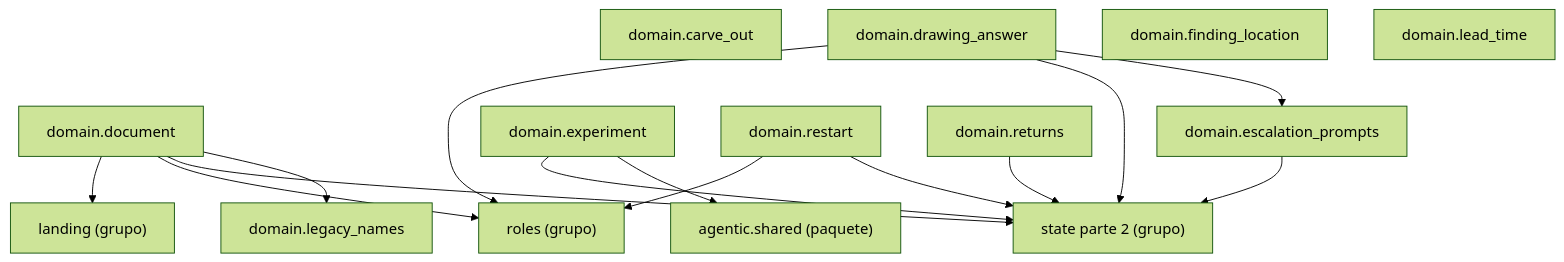
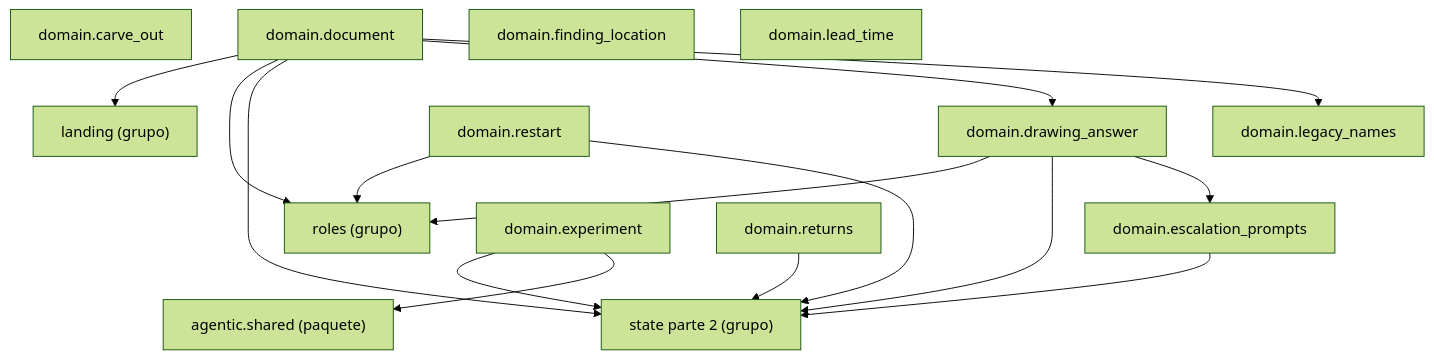
Before and after one commit to GonzaloZevallos/agentic-system: the diagram in docs/architecture/generated/packages-process-domain-state-1.md, drawn with Mermaid (forest theme). The commit also changed 1 other file, not shown here.

Commit message:
Regenerate the docs for the --drawing option and the departure section

````diff
--- a/docs/architecture/generated/packages-process-domain-state-1.md
+++ b/docs/architecture/generated/packages-process-domain-state-1.md
@@ -12,30 +12,31 @@
 ```mermaid
 graph TD
     g_domain__landing["landing (grupo)"]
     g_domain__roles["roles (grupo)"]
     g_domain__state__2["state parte 2 (grupo)"]
     g_pkg__agentic__shared["agentic.shared (paquete)"]
     m_domain__carve_out["domain.carve_out"]
     m_domain__document["domain.document"]
     m_domain__drawing_answer["domain.drawing_answer"]
     m_domain__escalation_prompts["domain.escalation_prompts"]
     m_domain__experiment["domain.experiment"]
     m_domain__finding_location["domain.finding_location"]
     m_domain__lead_time["domain.lead_time"]
     m_domain__legacy_names["domain.legacy_names"]
     m_domain__restart["domain.restart"]
     m_domain__returns["domain.returns"]
     m_domain__document --> g_domain__landing
     m_domain__document --> g_domain__roles
     m_domain__document --> g_domain__state__2
+    m_domain__document --> m_domain__drawing_answer
     m_domain__document --> m_domain__legacy_names
     m_domain__drawing_answer --> g_domain__roles
     m_domain__drawing_answer --> g_domain__state__2
     m_domain__drawing_answer --> m_domain__escalation_prompts
     m_domain__escalation_prompts --> g_domain__state__2
     m_domain__experiment --> g_domain__state__2
     m_domain__experiment --> g_pkg__agentic__shared
     m_domain__restart --> g_domain__roles
     m_domain__restart --> g_domain__state__2
     m_domain__returns --> g_domain__state__2
 ```
````
